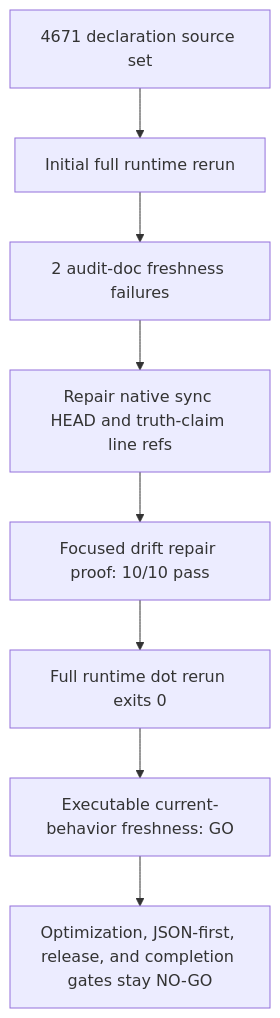
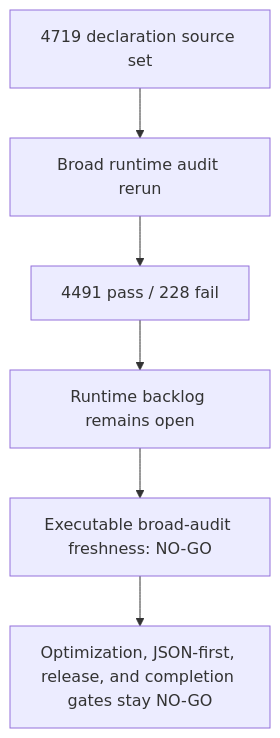
Before and after one commit to varshneydevansh/FilterTube: the sixth of 6 diagrams in docs/audit/FILTERTUBE_AUDIT_COMPLETION_GAP_REGISTER_2026-05-20.md, drawn with Mermaid. The commit also changed other lines of this file and 15 other files, not shown here.

Commit message:
test: refresh runtime ledger declaration pins

````diff
--- a/docs/audit/FILTERTUBE_AUDIT_COMPLETION_GAP_REGISTER_2026-05-20.md
+++ b/docs/audit/FILTERTUBE_AUDIT_COMPLETION_GAP_REGISTER_2026-05-20.md
@@ -1982,10 +1984,8 @@
 ```mermaid
 flowchart TD
-  A["4671 declaration source set"] --> B["Initial full runtime rerun"]
-  B --> C["2 audit-doc freshness failures"]
-  C --> D["Repair native sync HEAD and truth-claim line refs"]
-  D --> E["Focused drift repair proof: 10/10 pass"]
-  E --> F["Full runtime dot rerun exits 0"]
-  F --> G["Executable current-behavior freshness: GO"]
-  G --> H["Optimization, JSON-first, release, and completion gates stay NO-GO"]
+  A["4719 declaration source set"] --> B["Broad runtime audit rerun"]
+  B --> C["4491 pass / 228 fail"]
+  C --> D["Runtime backlog remains open"]
+  D --> E["Executable broad-audit freshness: NO-GO"]
+  E --> F["Optimization, JSON-first, release, and completion gates stay NO-GO"]
 ```
````
